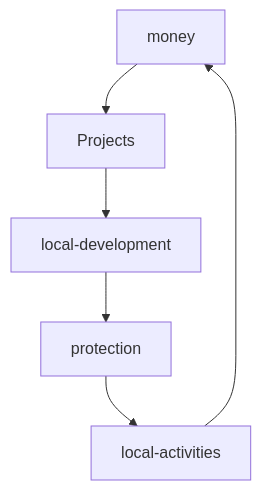
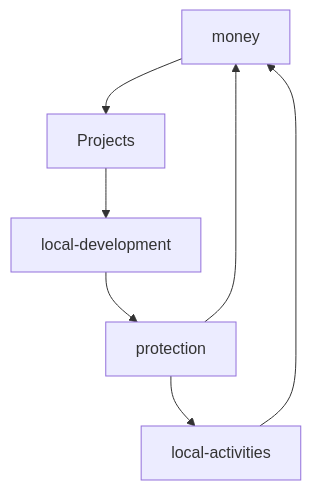
The diagram in README.md (franckdun/franckdun), drawn with Mermaid before and after one commit.

````diff
--- a/README.md
+++ b/README.md
@@ -109,8 +109,9 @@
 ```mermaid
   graph TD;
        money-->Projects;
        Projects-->local-development;
        local-development-->protection;
        protection-->local-activities;
+       protection-->money;
        local-activities-->money;
 ```
````
